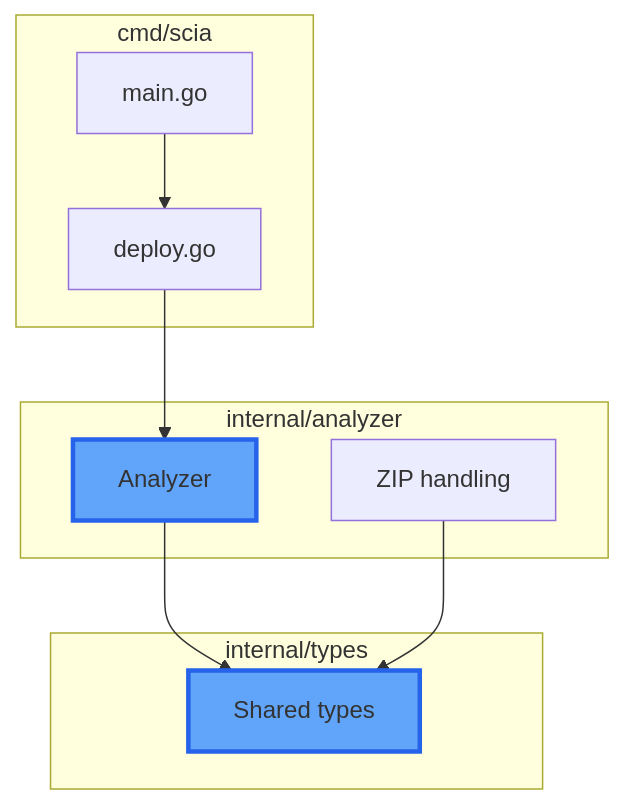
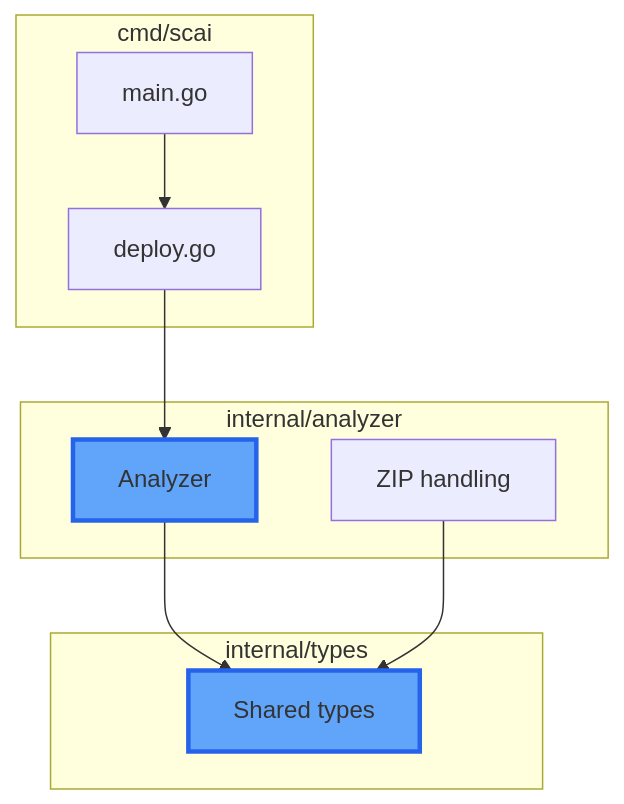
The first of 3 diagrams in .claude/commands/create-pr.md (Smana/scai), drawn with Mermaid before and after one commit. The commit also changed 38 other files, not shown here.

First line of the commit message:
refactor: rename project from scia to scai

````diff
--- a/.claude/commands/create-pr.md
+++ b/.claude/commands/create-pr.md
@@ -280,23 +280,23 @@
 ```mermaid
 flowchart TB
-    subgraph "cmd/scia"
+    subgraph "cmd/scai"
         main["main.go"]
         deploy["deploy.go"]
     end
 
     subgraph "internal/analyzer"
         analyzer["Analyzer"]:::exported
         zip["ZIP handling"]
     end
 
     subgraph "internal/types"
         types["Shared types"]:::exported
     end
 
     main --> deploy
     deploy --> analyzer
     analyzer --> types
     zip --> types
 
     classDef exported fill:#60A5FA,stroke:#2563EB,stroke-width:3px
 ```
````
